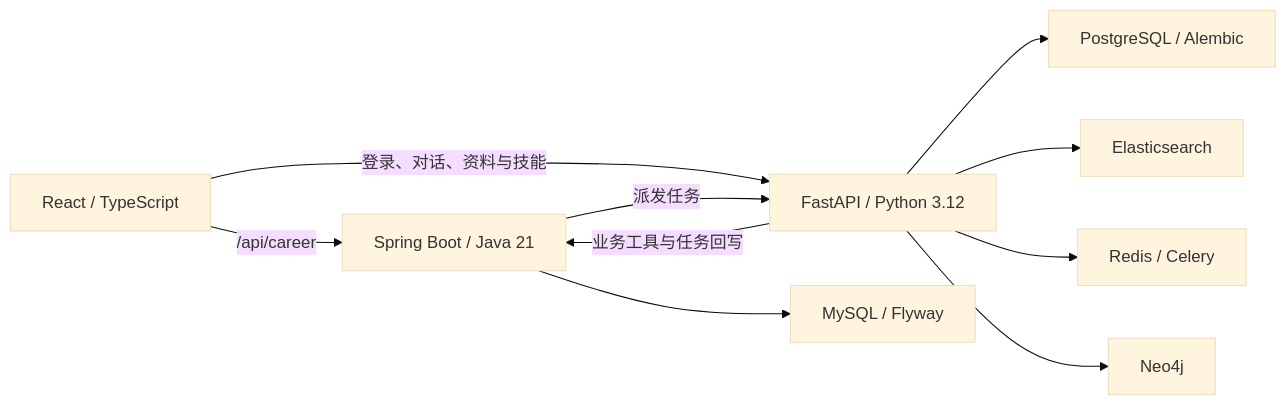
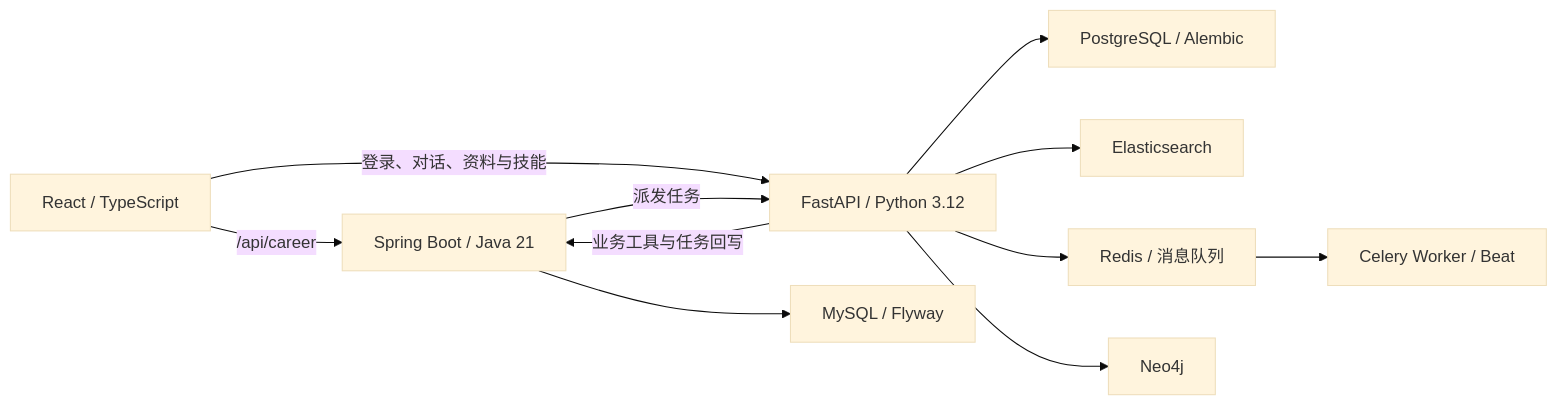
The diagram in README.md (JonyChuang/Search_Agent), drawn with Mermaid (base theme) before and after one commit. The commit also changed other lines of this file, not shown here.

````diff
--- a/README.md
+++ b/README.md
@@ -20,12 +72,13 @@
 ```mermaid
 flowchart LR
     UI["React / TypeScript"] -->|"/api/career"| Java["Spring Boot / Java 21"]
     UI -->|"登录、对话、资料与技能"| Agent["FastAPI / Python 3.12"]
     Java -->|"派发任务"| Agent
     Agent -->|"业务工具与任务回写"| Java
     Java --> DB["MySQL / Flyway"]
     Agent --> Store["PostgreSQL / Alembic"]
     Agent --> Search["Elasticsearch"]
-    Agent --> Queue["Redis / Celery"]
+    Agent --> Queue["Redis / 消息队列"]
+    Queue --> Workers["Celery Worker / Beat"]
     Agent --> Graph["Neo4j"]
 ```
````
